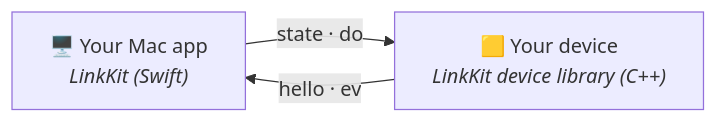
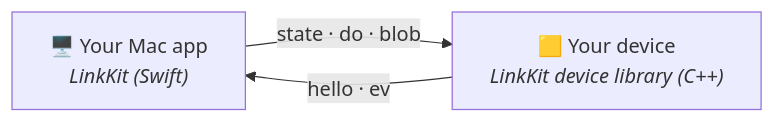
One commit to Mellow-Machines-Lab/buddygotchi changed the diagram in linkkit/README.md. Above: the diagram before and after it, drawn with Mermaid. The commit also changed other lines of this file and 29 other files, not shown here.

````diff
--- a/linkkit/README.md
+++ b/linkkit/README.md
@@ -19,5 +19,5 @@
 ```mermaid
 flowchart LR
-    H["🖥️ Your Mac app<br/><i>LinkKit (Swift)</i>"] -- "state · do" --> D["🟨 Your device<br/><i>LinkKit device library (C++)</i>"]
+    H["🖥️ Your Mac app<br/><i>LinkKit (Swift)</i>"] -- "state · do · blob" --> D["🟨 Your device<br/><i>LinkKit device library (C++)</i>"]
     D -- "hello · ev" --> H
 ```
````
